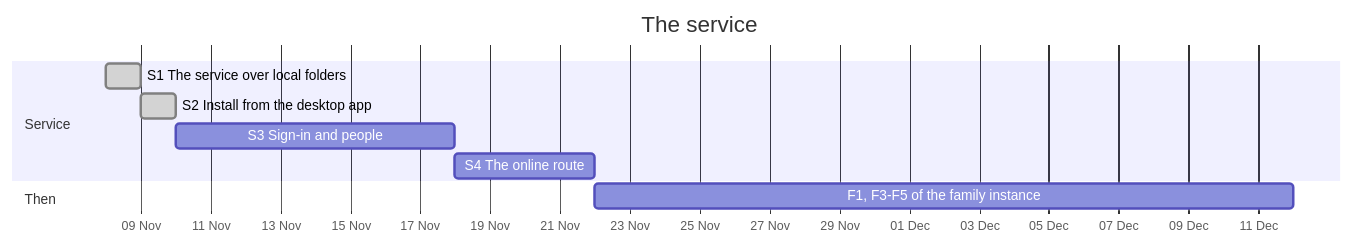
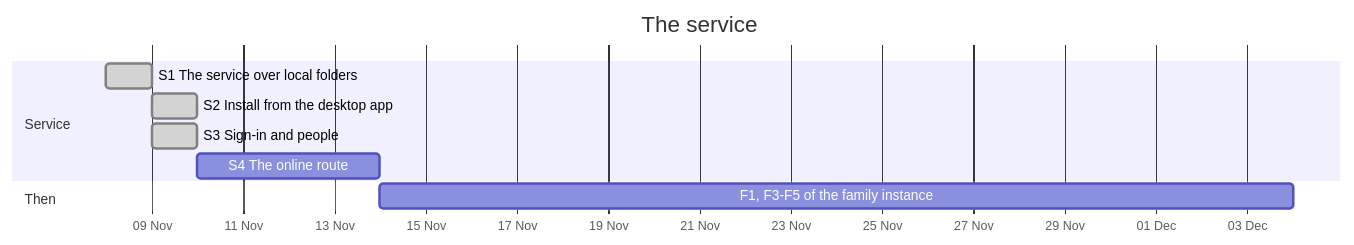
Before and after one commit to jgermade/jackbird: the diagram in ROADMAP/2026-11-08/service.md, drawn with Mermaid. The commit also changed other lines of this file and 1 other file, not shown here.

First line of the commit message:
docs(record): S3 walkthrough, Linux verified; CI pending for macOS and Windows; the roadmap

````diff
--- a/ROADMAP/2026-11-08/service.md
+++ b/ROADMAP/2026-11-08/service.md
@@ -15,13 +15,13 @@
 ```mermaid
 gantt
   title The service
   dateFormat YYYY-MM-DD
   axisFormat %d %b
   section Service
     S1 The service over local folders              :done, s1, 2026-11-08, 1d
     S2 Install from the desktop app                :done, s2, after s1, 1d
-    S3 Sign-in and people                          :s3, after s2, 8d
+    S3 Sign-in and people                          :done, s3, 2026-11-09, 1d
     S4 The online route                            :s4, after s3, 4d
   section Then
     F1, F3-F5 of the family instance               :f, after s4, 20d
 ```
````
